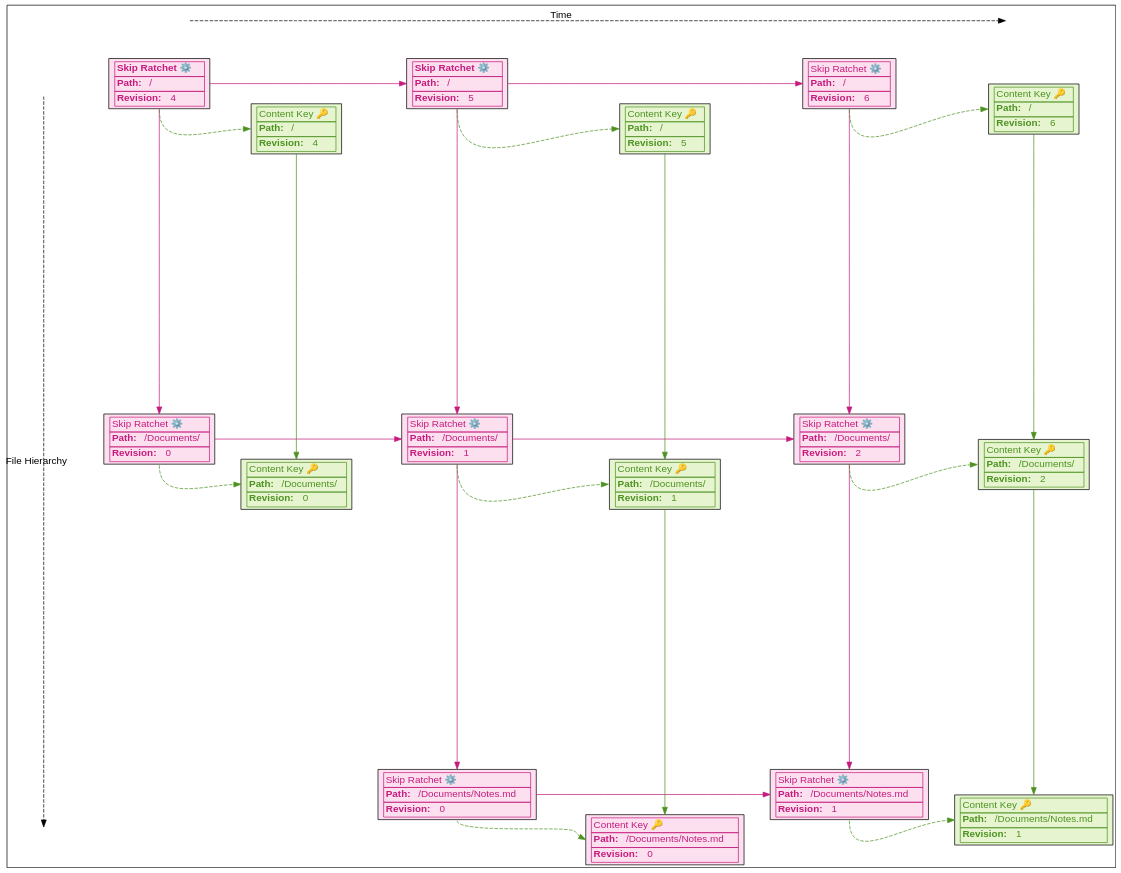
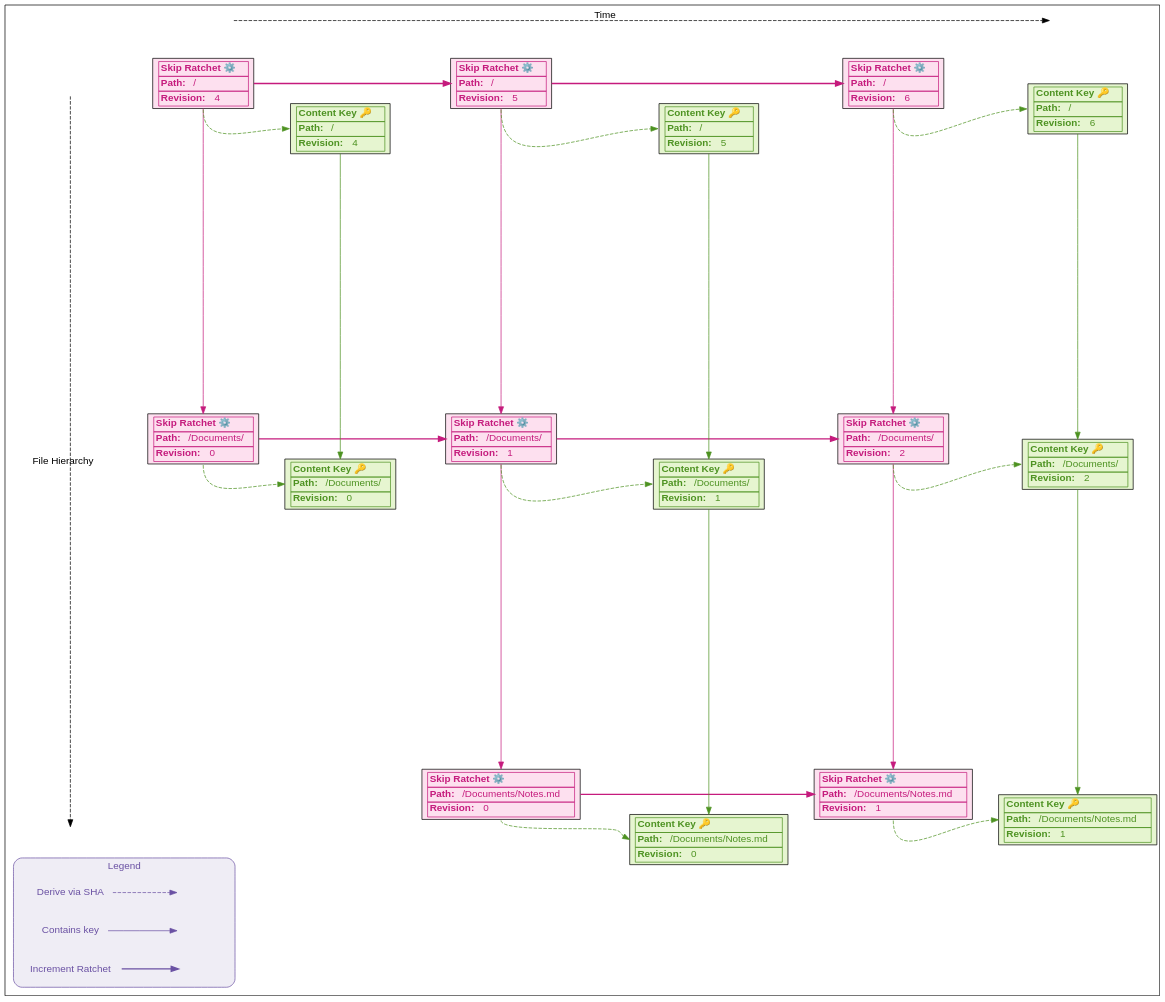
Before and after one commit to wnfs-wg/spec: the diagram in spec/diagrams/temporal_hierarchy.dot, drawn with Graphviz.

Commit message:
Legend & Fixes

```diff
--- a/spec/diagrams/temporal_hierarchy.dot
+++ b/spec/diagrams/temporal_hierarchy.dot
@@ -34,6 +34,39 @@
     # NODES #
     #########
 
+    subgraph cluster_legend {
+        label = "Legend"
+        colorscheme = purples9
+
+        color = 7
+        fillcolor = 2
+        fontcolor = 7
+
+        node [
+            colorscheme = purples9
+            style = none
+            fillcolor = invis
+            fontcolor = 7
+        ]
+
+        edge [
+            colorscheme = purples9
+            color = 7
+        ]
+
+        sha [label = "Derive via SHA"]
+        key [label = "Contains key"]
+        inc [label = "Increment Ratchet"]
+
+        sha_end [style = invis]
+        key_end [style = invis]
+        inc_end [style = invis]
+
+        sha -> sha_end [style = dashed]
+        key -> key_end
+        inc -> inc_end [penwidth = 2]
+    }
+
     start_time [style = invis]
     end_time [style = invis]
     start_time -> end_time [label = "Time" style = dashed weight = 100]
@@ -69,7 +102,7 @@
     root_skip_6 [
         label=<
             <table border="0" cellborder="1" cellspacing="0">
-                <tr><td align="left">Skip Ratchet ⚙️</td></tr>
+                <tr><td align="left"><b>Skip Ratchet ⚙️</b></td></tr>
                 <tr><td align="left"><b>Path:</b>&nbsp;/</td></tr>
                 <tr><td align="left"><b>Revision:</b>&nbsp;6</td></tr>
             </table>
@@ -79,7 +112,7 @@
     docs_skip_0 [
         label=<
             <table border="0" cellborder="1" cellspacing="0">
-                <tr><td align="left">Skip Ratchet ⚙️</td></tr>
+                <tr><td align="left"><b>Skip Ratchet ⚙️</b></td></tr>
                 <tr><td align="left"><b>Path:</b>&nbsp;/Documents/</td></tr>
                 <tr><td align="left"><b>Revision:</b>&nbsp;0</td></tr>
             </table>
@@ -89,7 +122,7 @@
     docs_skip_1 [
         label=<
             <table border="0" cellborder="1" cellspacing="0">
-                <tr><td align="left">Skip Ratchet ⚙️</td></tr>
+                <tr><td align="left"><b>Skip Ratchet ⚙️</b></td></tr>
                 <tr><td align="left"><b>Path:</b>&nbsp;/Documents/</td></tr>
                 <tr><td align="left"><b>Revision:</b>&nbsp;1</td></tr>
             </table>
@@ -99,7 +132,7 @@
     docs_skip_2 [
         label=<
             <table border="0" cellborder="1" cellspacing="0">
-                <tr><td align="left">Skip Ratchet ⚙️</td></tr>
+                <tr><td align="left"><b>Skip Ratchet ⚙️</b></td></tr>
                 <tr><td align="left"><b>Path:</b>&nbsp;/Documents/</td></tr>
                 <tr><td align="left"><b>Revision:</b>&nbsp;2</td></tr>
             </table>
@@ -109,7 +142,7 @@
     notes_skip_0 [
         label=<
             <table border="0" cellborder="1" cellspacing="0">
-                <tr><td align="left">Skip Ratchet ⚙️</td></tr>
+                <tr><td align="left"><b>Skip Ratchet ⚙️</b></td></tr>
                 <tr><td align="left"><b>Path:</b>&nbsp;/Documents/Notes.md</td></tr>
                 <tr><td align="left"><b>Revision:</b>&nbsp;0</td></tr>
             </table>
@@ -119,7 +152,7 @@
     notes_skip_1 [
         label=<
             <table border="0" cellborder="1" cellspacing="0">
-                <tr><td align="left">Skip Ratchet ⚙️</td></tr>
+                <tr><td align="left"><b>Skip Ratchet ⚙️</b></td></tr>
                 <tr><td align="left"><b>Path:</b>&nbsp;/Documents/Notes.md</td></tr>
                 <tr><td align="left"><b>Revision:</b>&nbsp;1</td></tr>
             </table>
@@ -135,7 +168,7 @@
     root_content_4 [
         label=<
             <table border="0" cellborder="1" cellspacing="0">
-                <tr><td align="left">Content Key 🔑</td></tr>
+                <tr><td align="left"><b>Content Key 🔑</b></td></tr>
                 <tr><td align="left"><b>Path:</b>&nbsp;/</td></tr>
                 <tr><td align="left"><b>Revision:</b>&nbsp;4</td></tr>
             </table>
@@ -145,7 +178,7 @@
     root_content_5 [
         label=<
             <table border="0" cellborder="1" cellspacing="0">
-                <tr><td align="left">Content Key 🔑</td></tr>
+                <tr><td align="left"><b>Content Key 🔑</b></td></tr>
                 <tr><td align="left"><b>Path:</b>&nbsp;/</td></tr>
                 <tr><td align="left"><b>Revision:</b>&nbsp;5</td></tr>
             </table>
@@ -155,7 +188,7 @@
     root_content_6 [
         label=<
             <table border="0" cellborder="1" cellspacing="0">
-                <tr><td align="left">Content Key 🔑</td></tr>
+                <tr><td align="left"><b>Content Key 🔑</b></td></tr>
                 <tr><td align="left"><b>Path:</b>&nbsp;/</td></tr>
                 <tr><td align="left"><b>Revision:</b>&nbsp;6</td></tr>
             </table>
@@ -165,7 +198,7 @@
     docs_content_0 [
         label=<
             <table border="0" cellborder="1" cellspacing="0">
-                <tr><td align="left">Content Key 🔑</td></tr>
+                <tr><td align="left"><b>Content Key 🔑</b></td></tr>
                 <tr><td align="left"><b>Path:</b>&nbsp;/Documents/</td></tr>
                 <tr><td align="left"><b>Revision:</b>&nbsp;0</td></tr>
             </table>
@@ -175,7 +208,7 @@
     docs_content_1 [
         label=<
             <table border="0" cellborder="1" cellspacing="0">
-                <tr><td align="left">Content Key 🔑</td></tr>
+                <tr><td align="left"><b>Content Key 🔑</b></td></tr>
                 <tr><td align="left"><b>Path:</b>&nbsp;/Documents/</td></tr>
                 <tr><td align="left"><b>Revision:</b>&nbsp;1</td></tr>
             </table>
@@ -185,7 +218,7 @@
     docs_content_2 [
         label=<
             <table border="0" cellborder="1" cellspacing="0">
-                <tr><td align="left">Content Key 🔑</td></tr>
+                <tr><td align="left"><b>Content Key 🔑</b></td></tr>
                 <tr><td align="left"><b>Path:</b>&nbsp;/Documents/</td></tr>
                 <tr><td align="left"><b>Revision:</b>&nbsp;2</td></tr>
             </table>
@@ -195,17 +228,21 @@
     notes_content_0 [
         label=<
             <table border="0" cellborder="1" cellspacing="0">
-                <tr><td align="left">Content Key 🔑</td></tr>
+                <tr><td align="left"><b>Content Key 🔑</b></td></tr>
                 <tr><td align="left"><b>Path:</b>&nbsp;/Documents/Notes.md</td></tr>
                 <tr><td align="left"><b>Revision:</b>&nbsp;0</td></tr>
             </table>
         >
+
+        color = 10
+        fillcolor = 7
+        fontcolor = 10
     ]
 
     notes_content_1 [
         label=<
             <table border="0" cellborder="1" cellspacing="0">
-                <tr><td align="left">Content Key 🔑</td></tr>
+                <tr><td align="left"><b>Content Key 🔑</b></td></tr>
                 <tr><td align="left"><b>Path:</b>&nbsp;/Documents/Notes.md</td></tr>
                 <tr><td align="left"><b>Revision:</b>&nbsp;1</td></tr>
             </table>
@@ -225,8 +262,8 @@
     # EDGES #
     #########
 
-    root_skip_4 -> root_skip_5 [color = 2 minlen = 2 weight = 100]
-    root_skip_5 -> root_skip_6 [color = 2 minlen = 2 weight = 100]
+    root_skip_4 -> root_skip_5 [color = 2 minlen = 2 penwidth = 2 weight = 100]
+    root_skip_5 -> root_skip_6 [color = 2 minlen = 2 penwidth = 2 weight = 100]
 
     root_skip_4:s -> root_content_4:w [color = 10 style = dashed]
     root_skip_5:s -> root_content_5:w [color = 10 style = dashed]
@@ -234,8 +271,8 @@
 
     ## Docs ##
 
-    docs_skip_0 -> docs_skip_1 [color = 2 weight = 100]
-    docs_skip_1 -> docs_skip_2 [color = 2 weight = 100]
+    docs_skip_0 -> docs_skip_1 [color = 2 penwidth = 2weight = 100]
+    docs_skip_1 -> docs_skip_2 [color = 2 penwidth = 2weight = 100]
 
     docs_skip_0:s -> docs_content_0:w [color = 10 style = dashed]
     docs_skip_1:s -> docs_content_1:w [color = 10 style = dashed]
@@ -253,7 +290,7 @@
 
     ## Notes ##
 
-    notes_skip_0 -> notes_skip_1 [color = 2 weight = 100]
+    notes_skip_0 -> notes_skip_1 [color = 2 penwidth = 2 weight = 100]
 
     notes_skip_0:s -> notes_content_0:w [color = 10 style = dashed]
     notes_skip_1:s -> notes_content_1:w [color = 10 style = dashed weight = 100]
```
